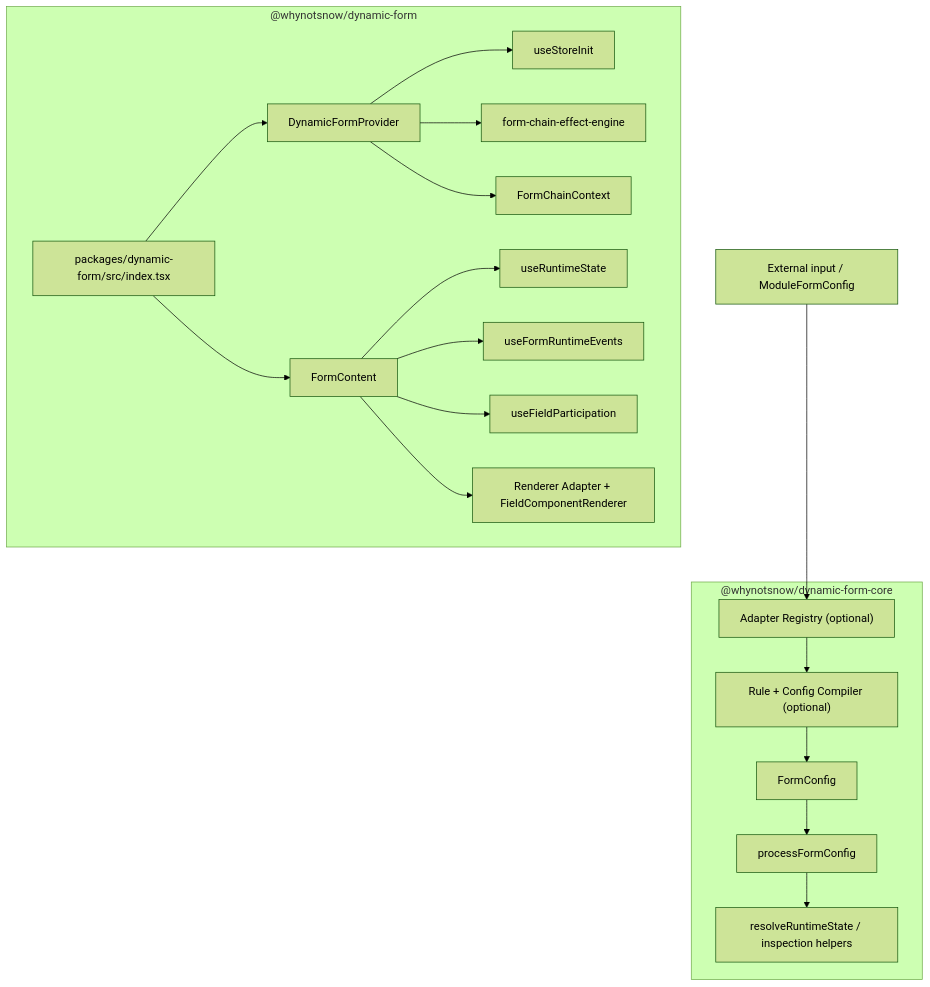
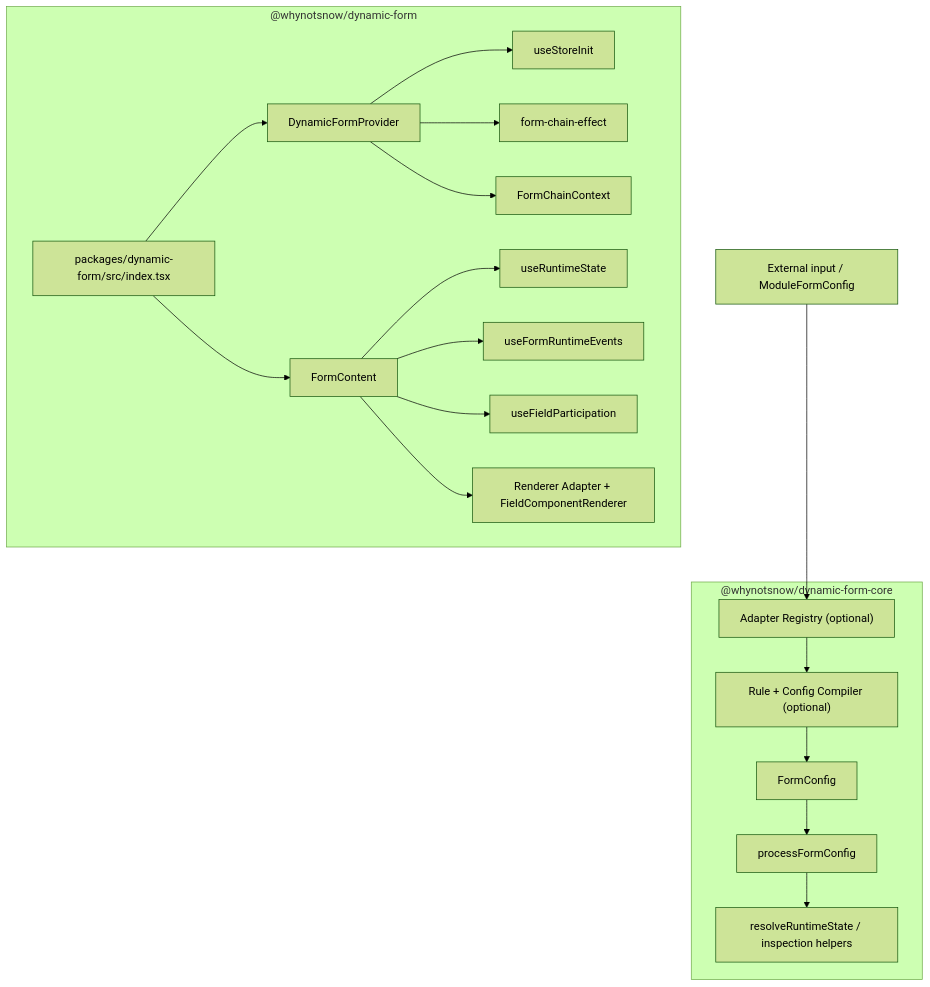
The diagram in apps/docs-site/i18n/en/docusaurus-plugin-content-docs/current/ARCHITECTURE.md (whynotsnow/dynamic-form), drawn with Mermaid (forest theme) before and after one commit. The commit also changed other lines of this file and 12 other files, not shown here.

Commit message:
docs: update form chain effect references

````diff
--- a/apps/docs-site/i18n/en/docusaurus-plugin-content-docs/current/ARCHITECTURE.md
+++ b/apps/docs-site/i18n/en/docusaurus-plugin-content-docs/current/ARCHITECTURE.md
@@ -18,26 +18,26 @@
 ```mermaid
 flowchart TD
   external["External input / ModuleFormConfig"] --> adapter["Adapter Registry (optional)"]
   adapter --> compiler["Rule + Config Compiler (optional)"]
   compiler --> formConfig["FormConfig"]
 
   subgraph core["@whynotsnow/dynamic-form-core"]
     adapter
     compiler
     formConfig --> process["processFormConfig"]
     process --> runtimePure["resolveRuntimeState / inspection helpers"]
   end
 
   subgraph react["@whynotsnow/dynamic-form"]
   entry["packages/dynamic-form/src/index.tsx"] --> provider["DynamicFormProvider"]
   provider --> storeInit["useStoreInit"]
-  provider --> effectEngine["form-chain-effect-engine"]
+  provider --> effectEngine["form-chain-effect"]
   provider --> context["FormChainContext"]
 
   entry --> content["FormContent"]
   content --> runtime["useRuntimeState"]
   content --> events["useFormRuntimeEvents"]
   content --> participation["useFieldParticipation"]
   content --> renderer["Renderer Adapter + FieldComponentRenderer"]
   end
 ```
````
